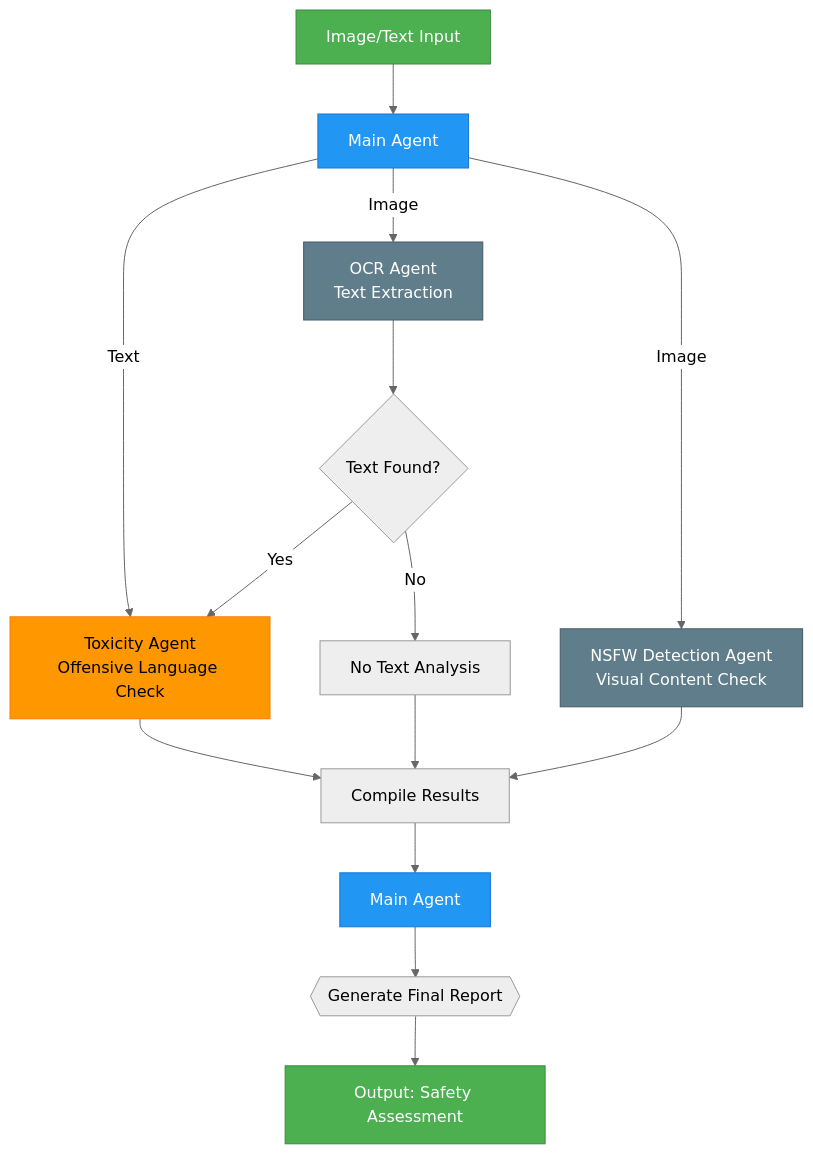
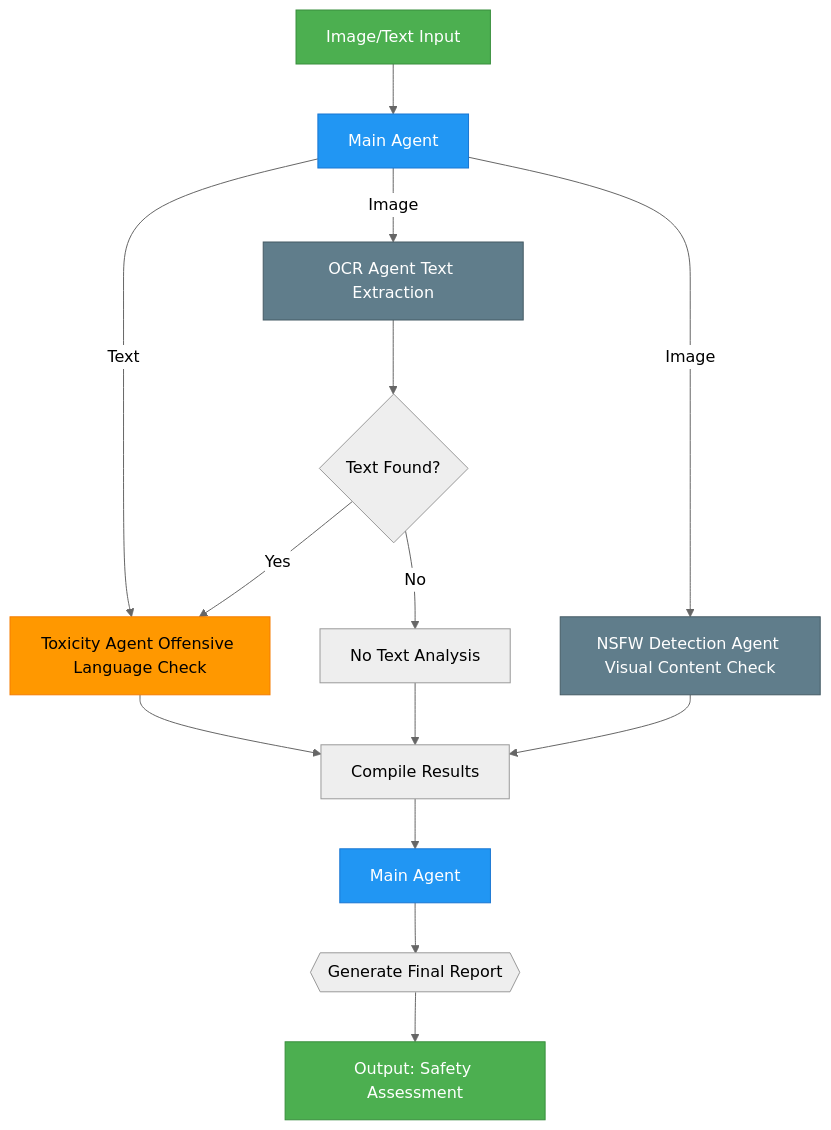
The first of 2 diagrams in README.md (shazm12/safe-ns), drawn with Mermaid before and after one commit.

````diff
--- a/README.md
+++ b/README.md
@@ -58,28 +58,28 @@
 ```mermaid
 %%{init: {'theme': 'neutral', 'fontFamily': 'Arial', 'gantt': {'barHeight': 20}}}%%
 flowchart TD
     A[Image/Text Input] --> B[Main Agent]
     B --> |Text| F
-    B --> |Image| C[OCR Agent\nText Extraction]
-    B --> |Image| D[NSFW Detection Agent\nVisual Content Check]
+    B --> |Image| C[OCR Agent Text Extraction]
+    B --> |Image| D[NSFW Detection Agent Visual Content Check]
     C --> E{Text Found?}
-    E -->|Yes| F[Toxicity Agent\nOffensive Language Check]
+    E -->|Yes| F[Toxicity Agent Offensive Language Check]
     E -->|No| G[No Text Analysis]
     D --> H
     G --> H
     F --> H[Compile Results]
     H --> I[Main Agent]
     I --> J{{Generate Final Report}}
     J --> K[Output: Safety Assessment]
     
     style A fill:#4CAF50,stroke:#388E3C,color:white
     style B fill:#2196F3,stroke:#1976D2,color:white
     style C fill:#607D8B,stroke:#455A64,color:white
     style D fill:#607D8B,stroke:#455A64,color:white
     style F fill:#FF9800,stroke:#F57C00,color:black
     style K fill:#4CAF50,stroke:#388E3C,color:white
     style I fill:#2196F3,stroke:#1976D2,color:white
     
     classDef agent fill:#607D8B,stroke:#455A64,color:white
     class C,D,F agent
 ```
````
